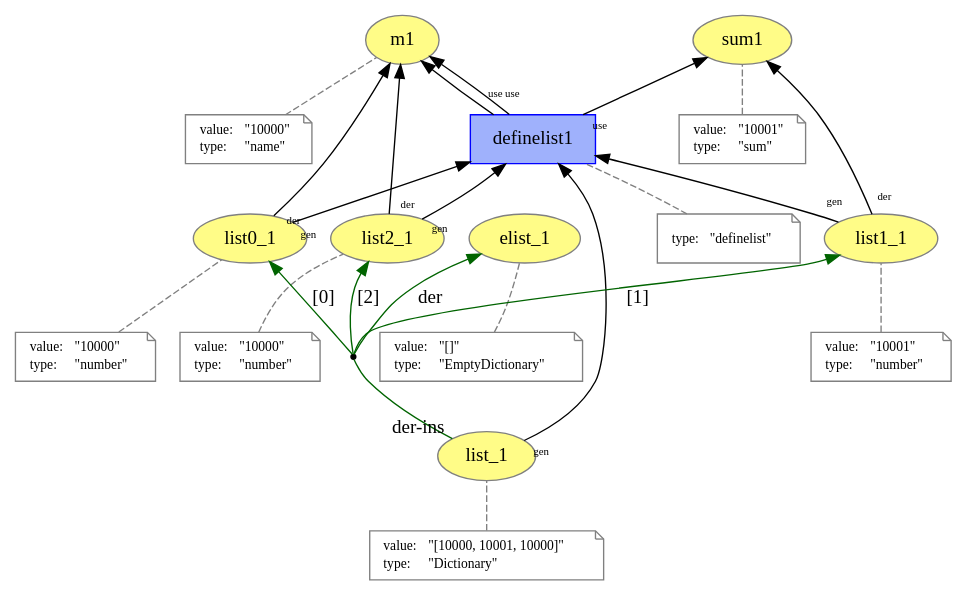
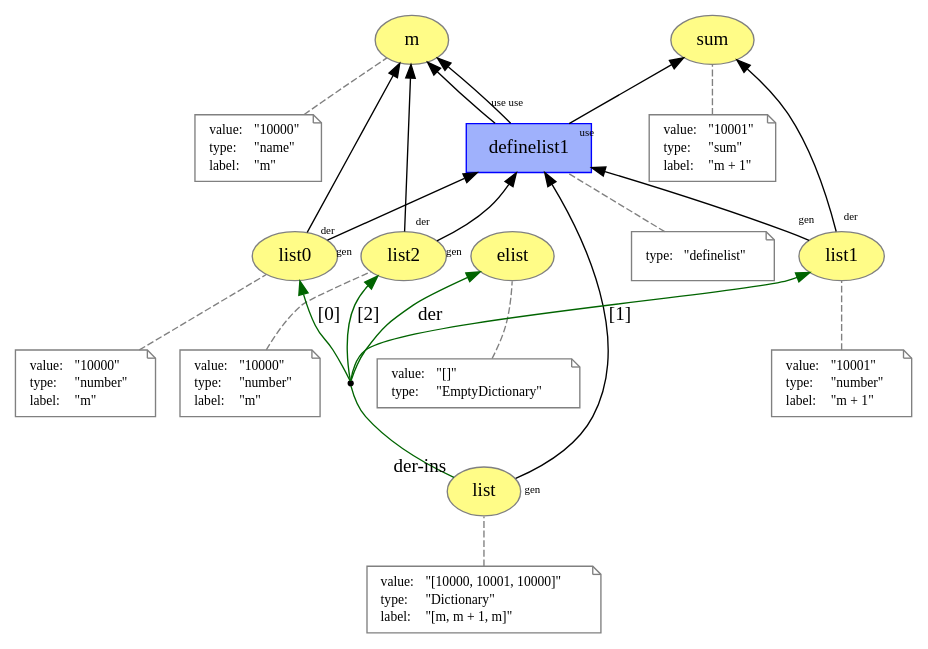
Before and after one commit to dew-uff/versioned-prov: the diagram in prov_dictionary/list.dot, drawn with Graphviz. The commit also changed 51 other files, not shown here.

```diff
--- a/prov_dictionary/list.dot
+++ b/prov_dictionary/list.dot
@@ -1,110 +1,134 @@
 digraph "PROV" { size="16,12"; rankdir="BT";
-"http://example.org/m1" [fillcolor="#FFFC87",color="#808080",style="filled",label="m1",URL="http://example.org/m1"]
+"http://example.org/m" [fillcolor="#FFFC87",color="#808080",style="filled",label="m",URL="http://example.org/m"]
 "-attrs0" [color="gray",shape="note",fontsize="10",fontcolor="black",label=<<TABLE cellpadding="0" border="0">
 	<TR>
 	    <TD align="left">value:</TD>
 	    <TD align="left">&quot;10000&quot;</TD>
 	</TR>
 	<TR>
 	    <TD align="left">type:</TD>
 	    <TD align="left">&quot;name&quot;</TD>
 	</TR>
+	<TR>
+	    <TD align="left">label:</TD>
+	    <TD align="left">&quot;m&quot;</TD>
+	</TR>
 </TABLE>>]
-"-attrs0" -> "http://example.org/m1" [color="gray",style="dashed",arrowhead="none"]
-"http://example.org/sum1" [fillcolor="#FFFC87",color="#808080",style="filled",label="sum1",URL="http://example.org/sum1"]
+"-attrs0" -> "http://example.org/m" [color="gray",style="dashed",arrowhead="none"]
+"http://example.org/sum" [fillcolor="#FFFC87",color="#808080",style="filled",label="sum",URL="http://example.org/sum"]
 "-attrs1" [color="gray",shape="note",fontsize="10",fontcolor="black",label=<<TABLE cellpadding="0" border="0">
 	<TR>
 	    <TD align="left">value:</TD>
 	    <TD align="left">&quot;10001&quot;</TD>
 	</TR>
 	<TR>
 	    <TD align="left">type:</TD>
 	    <TD align="left">&quot;sum&quot;</TD>
 	</TR>
+	<TR>
+	    <TD align="left">label:</TD>
+	    <TD align="left">&quot;m + 1&quot;</TD>
+	</TR>
 </TABLE>>]
-"-attrs1" -> "http://example.org/sum1" [color="gray",style="dashed",arrowhead="none"]
-"http://example.org/elist_1" [fillcolor="#FFFC87",color="#808080",style="filled",label="elist_1",URL="http://example.org/elist_1"]
+"-attrs1" -> "http://example.org/sum" [color="gray",style="dashed",arrowhead="none"]
+"http://example.org/elist" [fillcolor="#FFFC87",color="#808080",style="filled",label="elist",URL="http://example.org/elist"]
 "-attrs2" [color="gray",shape="note",fontsize="10",fontcolor="black",label=<<TABLE cellpadding="0" border="0">
 	<TR>
 	    <TD align="left">value:</TD>
 	    <TD align="left">&quot;[]&quot;</TD>
 	</TR>
 	<TR>
 	    <TD align="left">type:</TD>
 	    <TD align="left">&quot;EmptyDictionary&quot;</TD>
 	</TR>
 </TABLE>>]
-"-attrs2" -> "http://example.org/elist_1" [color="gray",style="dashed",arrowhead="none"]
-"http://example.org/list_1" [fillcolor="#FFFC87",color="#808080",style="filled",label="list_1",URL="http://example.org/list_1"]
+"-attrs2" -> "http://example.org/elist" [color="gray",style="dashed",arrowhead="none"]
+"http://example.org/list" [fillcolor="#FFFC87",color="#808080",style="filled",label="list",URL="http://example.org/list"]
 "-attrs3" [color="gray",shape="note",fontsize="10",fontcolor="black",label=<<TABLE cellpadding="0" border="0">
 	<TR>
 	    <TD align="left">value:</TD>
 	    <TD align="left">&quot;[10000, 10001, 10000]&quot;</TD>
 	</TR>
 	<TR>
 	    <TD align="left">type:</TD>
 	    <TD align="left">&quot;Dictionary&quot;</TD>
 	</TR>
+	<TR>
+	    <TD align="left">label:</TD>
+	    <TD align="left">&quot;[m, m + 1, m]&quot;</TD>
+	</TR>
 </TABLE>>]
-"-attrs3" -> "http://example.org/list_1" [color="gray",style="dashed",arrowhead="none"]
-"http://example.org/list0_1" [fillcolor="#FFFC87",color="#808080",style="filled",label="list0_1",URL="http://example.org/list0_1"]
+"-attrs3" -> "http://example.org/list" [color="gray",style="dashed",arrowhead="none"]
+"http://example.org/list0" [fillcolor="#FFFC87",color="#808080",style="filled",label="list0",URL="http://example.org/list0"]
 "-attrs4" [color="gray",shape="note",fontsize="10",fontcolor="black",label=<<TABLE cellpadding="0" border="0">
 	<TR>
 	    <TD align="left">value:</TD>
 	    <TD align="left">&quot;10000&quot;</TD>
 	</TR>
 	<TR>
 	    <TD align="left">type:</TD>
 	    <TD align="left">&quot;number&quot;</TD>
 	</TR>
+	<TR>
+	    <TD align="left">label:</TD>
+	    <TD align="left">&quot;m&quot;</TD>
+	</TR>
 </TABLE>>]
-"-attrs4" -> "http://example.org/list0_1" [color="gray",style="dashed",arrowhead="none"]
-"http://example.org/list1_1" [fillcolor="#FFFC87",color="#808080",style="filled",label="list1_1",URL="http://example.org/list1_1"]
+"-attrs4" -> "http://example.org/list0" [color="gray",style="dashed",arrowhead="none"]
+"http://example.org/list1" [fillcolor="#FFFC87",color="#808080",style="filled",label="list1",URL="http://example.org/list1"]
 "-attrs5" [color="gray",shape="note",fontsize="10",fontcolor="black",label=<<TABLE cellpadding="0" border="0">
 	<TR>
 	    <TD align="left">value:</TD>
 	    <TD align="left">&quot;10001&quot;</TD>
 	</TR>
 	<TR>
 	    <TD align="left">type:</TD>
 	    <TD align="left">&quot;number&quot;</TD>
 	</TR>
+	<TR>
+	    <TD align="left">label:</TD>
+	    <TD align="left">&quot;m + 1&quot;</TD>
+	</TR>
 </TABLE>>]
-"-attrs5" -> "http://example.org/list1_1" [color="gray",style="dashed",arrowhead="none"]
-"http://example.org/list2_1" [fillcolor="#FFFC87",color="#808080",style="filled",label="list2_1",URL="http://example.org/list2_1"]
+"-attrs5" -> "http://example.org/list1" [color="gray",style="dashed",arrowhead="none"]
+"http://example.org/list2" [fillcolor="#FFFC87",color="#808080",style="filled",label="list2",URL="http://example.org/list2"]
 "-attrs6" [color="gray",shape="note",fontsize="10",fontcolor="black",label=<<TABLE cellpadding="0" border="0">
 	<TR>
 	    <TD align="left">value:</TD>
 	    <TD align="left">&quot;10000&quot;</TD>
 	</TR>
 	<TR>
 	    <TD align="left">type:</TD>
 	    <TD align="left">&quot;number&quot;</TD>
 	</TR>
+	<TR>
+	    <TD align="left">label:</TD>
+	    <TD align="left">&quot;m&quot;</TD>
+	</TR>
 </TABLE>>]
-"-attrs6" -> "http://example.org/list2_1" [color="gray",style="dashed",arrowhead="none"]
+"-attrs6" -> "http://example.org/list2" [color="gray",style="dashed",arrowhead="none"]
 "bn0" [shape="point",label=""]
-"http://example.org/list_1" -> "bn0" [arrowhead="none",taillabel="der-ins",color="darkgreen"]
-"bn0" -> "http://example.org/elist_1" [labelfontsize="8",labeldistance="1.5",color="darkgreen",labelangle="60.0",rotation="20",label="der"]
-"bn0" -> "http://example.org/list0_1" [labelfontsize="8",labeldistance="1.5",color="darkgreen",labelangle="60.0",rotation="20",label="[0]"]
-"bn0" -> "http://example.org/list1_1" [labelfontsize="8",labeldistance="1.5",color="darkgreen",labelangle="60.0",rotation="20",label="[1]"]
-"bn0" -> "http://example.org/list2_1" [labelfontsize="8",labeldistance="1.5",color="darkgreen",labelangle="60.0",rotation="20",label="[2]"]
+"http://example.org/list" -> "bn0" [arrowhead="none",taillabel="der-ins",color="darkgreen"]
+"bn0" -> "http://example.org/elist" [labelfontsize="8",labeldistance="1.5",color="darkgreen",labelangle="60.0",rotation="20",label="der"]
+"bn0" -> "http://example.org/list0" [labelfontsize="8",labeldistance="1.5",color="darkgreen",labelangle="60.0",rotation="20",label="[0]"]
+"bn0" -> "http://example.org/list1" [labelfontsize="8",labeldistance="1.5",color="darkgreen",labelangle="60.0",rotation="20",label="[1]"]
+"bn0" -> "http://example.org/list2" [labelfontsize="8",labeldistance="1.5",color="darkgreen",labelangle="60.0",rotation="20",label="[2]"]
 "http://example.org/definelist1" [fillcolor="#9FB1FC",color="#0000FF",shape="polygon",sides="4",style="filled",label="definelist1",URL="http://example.org/definelist1"]
 "-attrs7" [color="gray",shape="note",fontsize="10",fontcolor="black",label=<<TABLE cellpadding="0" border="0">
 	<TR>
 	    <TD align="left">type:</TD>
 	    <TD align="left">&quot;definelist&quot;</TD>
 	</TR>
 </TABLE>>]
 "-attrs7" -> "http://example.org/definelist1" [color="gray",style="dashed",arrowhead="none"]
-"http://example.org/definelist1" -> "http://example.org/m1" [labelfontsize="8",labeldistance="1.5",labelangle="60.0",rotation="20",taillabel="use"]
-"http://example.org/list0_1" -> "http://example.org/definelist1" [labelfontsize="8",labeldistance="1.5",labelangle="60.0",rotation="20",taillabel="gen"]
-"http://example.org/list0_1" -> "http://example.org/m1" [labelfontsize="8",labeldistance="1.5",labelangle="60.0",rotation="20",taillabel="der"]
-"http://example.org/definelist1" -> "http://example.org/sum1" [labelfontsize="8",labeldistance="1.5",labelangle="60.0",rotation="20",taillabel="use"]
-"http://example.org/list1_1" -> "http://example.org/definelist1" [labelfontsize="8",labeldistance="1.5",labelangle="60.0",rotation="20",taillabel="gen"]
-"http://example.org/list1_1" -> "http://example.org/sum1" [labelfontsize="8",labeldistance="1.5",labelangle="60.0",rotation="20",taillabel="der"]
-"http://example.org/definelist1" -> "http://example.org/m1" [labelfontsize="8",labeldistance="1.5",labelangle="60.0",rotation="20",taillabel="use"]
-"http://example.org/list2_1" -> "http://example.org/definelist1" [labelfontsize="8",labeldistance="1.5",labelangle="60.0",rotation="20",taillabel="gen"]
-"http://example.org/list2_1" -> "http://example.org/m1" [labelfontsize="8",labeldistance="1.5",labelangle="60.0",rotation="20",taillabel="der"]
-"http://example.org/list_1" -> "http://example.org/definelist1" [labelfontsize="8",labeldistance="1.5",labelangle="60.0",rotation="20",taillabel="gen"]
+"http://example.org/definelist1" -> "http://example.org/m" [labelfontsize="8",labeldistance="1.5",labelangle="60.0",rotation="20",taillabel="use"]
+"http://example.org/list0" -> "http://example.org/definelist1" [labelfontsize="8",labeldistance="1.5",labelangle="60.0",rotation="20",taillabel="gen"]
+"http://example.org/list0" -> "http://example.org/m" [labelfontsize="8",labeldistance="1.5",labelangle="60.0",rotation="20",taillabel="der"]
+"http://example.org/definelist1" -> "http://example.org/sum" [labelfontsize="8",labeldistance="1.5",labelangle="60.0",rotation="20",taillabel="use"]
+"http://example.org/list1" -> "http://example.org/definelist1" [labelfontsize="8",labeldistance="1.5",labelangle="60.0",rotation="20",taillabel="gen"]
+"http://example.org/list1" -> "http://example.org/sum" [labelfontsize="8",labeldistance="1.5",labelangle="60.0",rotation="20",taillabel="der"]
+"http://example.org/definelist1" -> "http://example.org/m" [labelfontsize="8",labeldistance="1.5",labelangle="60.0",rotation="20",taillabel="use"]
+"http://example.org/list2" -> "http://example.org/definelist1" [labelfontsize="8",labeldistance="1.5",labelangle="60.0",rotation="20",taillabel="gen"]
+"http://example.org/list2" -> "http://example.org/m" [labelfontsize="8",labeldistance="1.5",labelangle="60.0",rotation="20",taillabel="der"]
+"http://example.org/list" -> "http://example.org/definelist1" [labelfontsize="8",labeldistance="1.5",labelangle="60.0",rotation="20",taillabel="gen"]
 }
```
